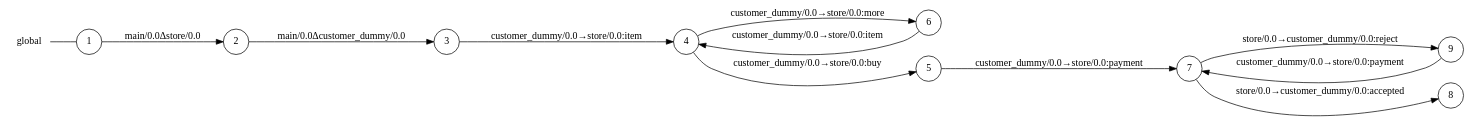
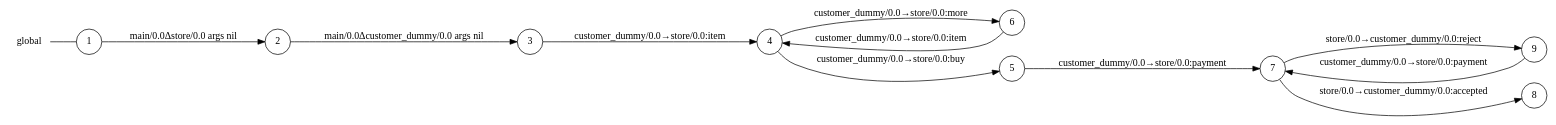
One commit to gabrielegenovese/chorer changed the diagram in examples/customer/main_0_global_view.dot. Above: the diagram before and after it, drawn with Graphviz. The commit also changed 78 other files, not shown here.

```diff
--- a/examples/customer/main_0_global_view.dot
+++ b/examples/customer/main_0_global_view.dot
@@ -1,25 +1,25 @@
 digraph global {
 	rankdir="LR";
 	n_0 [label="global", shape="plaintext"];
 	n_1 [id="5", shape=circle, label="5"];
 	n_2 [id="6", shape=circle, label="6"];
 	n_3 [id="1", shape=circle, label="1"];
 	n_0 -> n_3 [arrowhead=none];
 	n_4 [id="9", shape=circle, label="9"];
 	n_5 [id="2", shape=circle, label="2"];
 	n_6 [id="8", shape=circle, label="8"];
 	n_7 [id="4", shape=circle, label="4"];
 	n_8 [id="7", shape=circle, label="7"];
 	n_9 [id="3", shape=circle, label="3"];
 
-	n_3 -> n_5 [id="[$e|0]", label="main/0.0Δstore/0.0"];
+	n_7 -> n_1 [id="[$e|3]", label="customer_dummy/0.0→store/0.0:buy"];
 	n_4 -> n_8 [id="[$e|9]", label="customer_dummy/0.0→store/0.0:payment"];
 	n_1 -> n_8 [id="[$e|5]", label="customer_dummy/0.0→store/0.0:payment"];
-	n_7 -> n_1 [id="[$e|3]", label="customer_dummy/0.0→store/0.0:buy"];
 	n_8 -> n_4 [id="[$e|8]", label="store/0.0→customer_dummy/0.0:reject"];
+	n_7 -> n_2 [id="[$e|4]", label="customer_dummy/0.0→store/0.0:more"];
 	n_2 -> n_7 [id="[$e|6]", label="customer_dummy/0.0→store/0.0:item"];
+	n_5 -> n_9 [id="[$e|1]", label="main/0.0Δcustomer_dummy/0.0 args nil"];
+	n_8 -> n_6 [id="[$e|7]", label="store/0.0→customer_dummy/0.0:accepted"];
 	n_9 -> n_7 [id="[$e|2]", label="customer_dummy/0.0→store/0.0:item"];
-	n_8 -> n_6 [id="[$e|7]", label="store/0.0→customer_dummy/0.0:accepted"];
-	n_7 -> n_2 [id="[$e|4]", label="customer_dummy/0.0→store/0.0:more"];
-	n_5 -> n_9 [id="[$e|1]", label="main/0.0Δcustomer_dummy/0.0"];
+	n_3 -> n_5 [id="[$e|0]", label="main/0.0Δstore/0.0 args nil"];
 }
```
